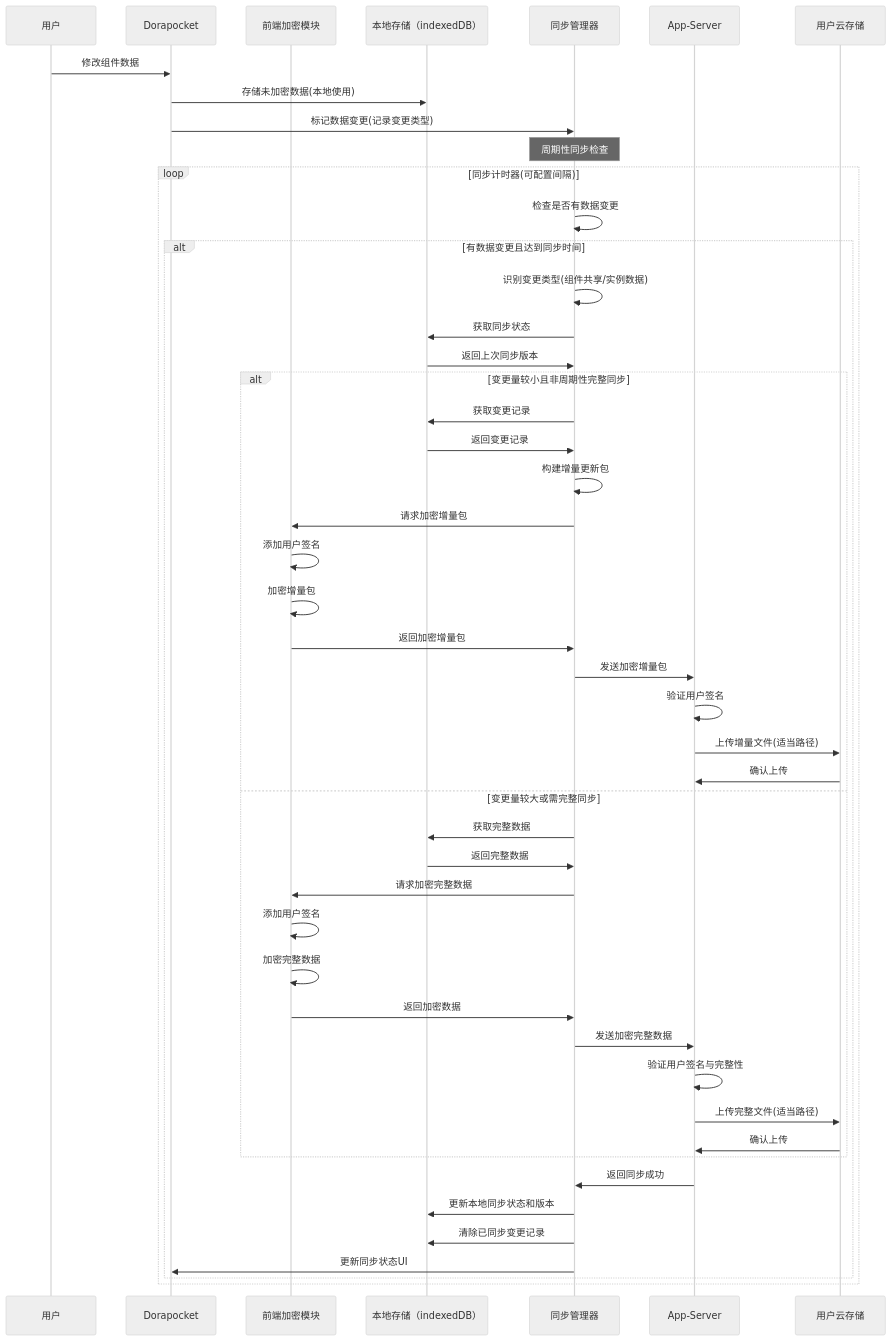
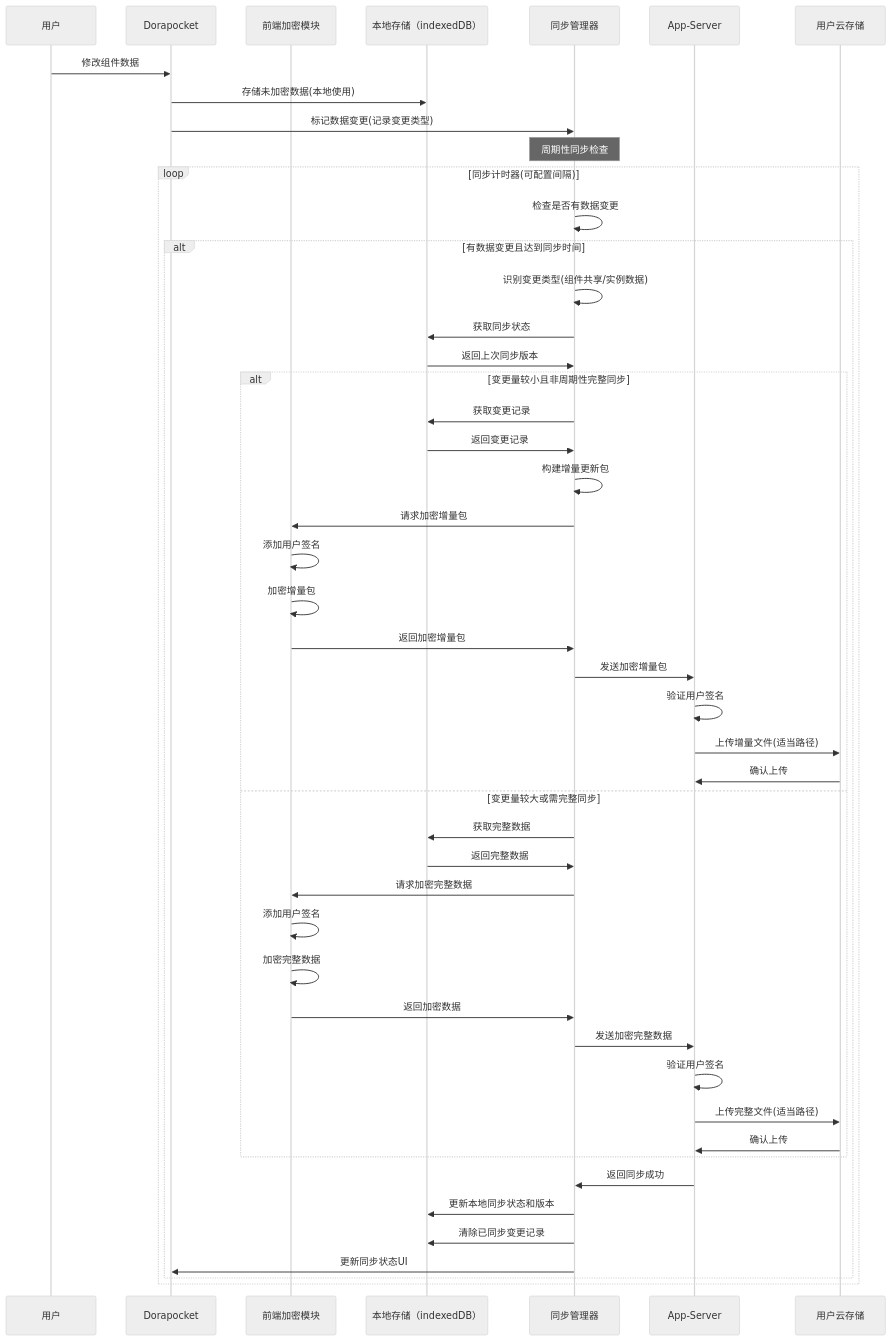
One commit to yingjianzh/iodraw-files changed the diagram in all/未命名-37.md. Above: the diagram before and after it, drawn with Mermaid (neutral theme).

Commit message:
2025-04-18 16:12:22 update

````diff
--- a/all/未命名-37.md
+++ b/all/未命名-37.md
@@ -1,58 +1,58 @@
 ```mermaid
 
 sequenceDiagram
     participant User as 用户
     participant Frontend as Dorapocket
     participant CryptoM as 前端加密模块
     participant LocalDB as 本地存储（indexedDB）
     participant SyncM as 同步管理器
     participant AppServer as App-Server
     participant UserCloud as 用户云存储
     
     User->>Frontend: 修改组件数据
     Frontend->>LocalDB: 存储未加密数据(本地使用)
     Frontend->>SyncM: 标记数据变更(记录变更类型)
     
     note over SyncM: 周期性同步检查
     
     loop 同步计时器(可配置间隔)
         SyncM->>SyncM: 检查是否有数据变更
         
         alt 有数据变更且达到同步时间
             SyncM->>SyncM: 识别变更类型(组件共享/实例数据)
             SyncM->>LocalDB: 获取同步状态
             LocalDB->>SyncM: 返回上次同步版本
             
             alt 变更量较小且非周期性完整同步
                 SyncM->>LocalDB: 获取变更记录
                 LocalDB->>SyncM: 返回变更记录
                 SyncM->>SyncM: 构建增量更新包
                 SyncM->>CryptoM: 请求加密增量包
                 CryptoM->>CryptoM: 添加用户签名
                 CryptoM->>CryptoM: 加密增量包
                 CryptoM->>SyncM: 返回加密增量包
                 SyncM->>AppServer: 发送加密增量包
                 AppServer->>AppServer: 验证用户签名
                 AppServer->>UserCloud: 上传增量文件(适当路径)
                 UserCloud->>AppServer: 确认上传
             else 变更量较大或需完整同步
                 SyncM->>LocalDB: 获取完整数据
                 LocalDB->>SyncM: 返回完整数据
                 SyncM->>CryptoM: 请求加密完整数据
                 CryptoM->>CryptoM: 添加用户签名
                 CryptoM->>CryptoM: 加密完整数据
                 CryptoM->>SyncM: 返回加密数据
                 SyncM->>AppServer: 发送加密完整数据
-                AppServer->>AppServer: 验证用户签名与完整性
+                AppServer->>AppServer: 验证用户签名
                 AppServer->>UserCloud: 上传完整文件(适当路径)
                 UserCloud->>AppServer: 确认上传
             end
             
             AppServer->>SyncM: 返回同步成功
             SyncM->>LocalDB: 更新本地同步状态和版本
             SyncM->>LocalDB: 清除已同步变更记录
             SyncM->>Frontend: 更新同步状态UI
         end
     end
 
 ```
````
